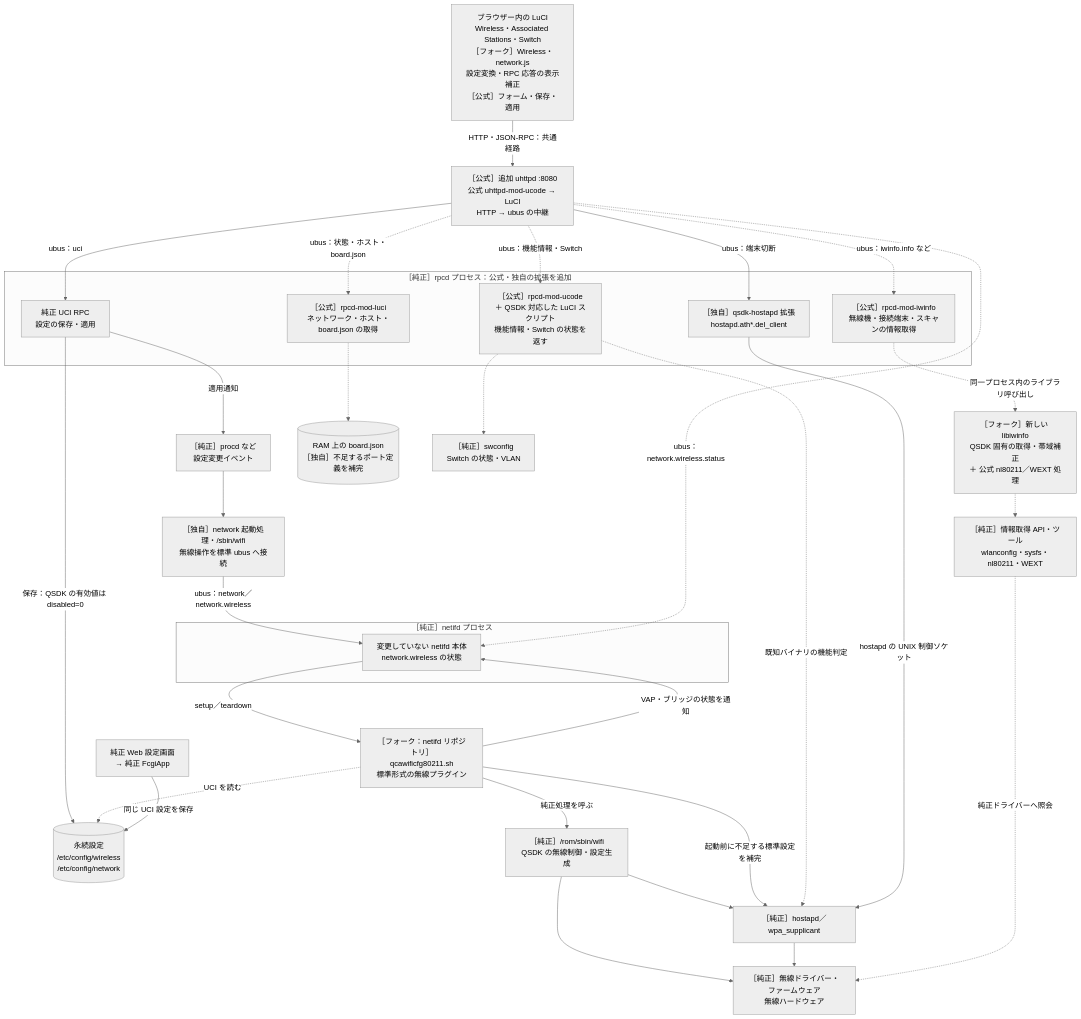
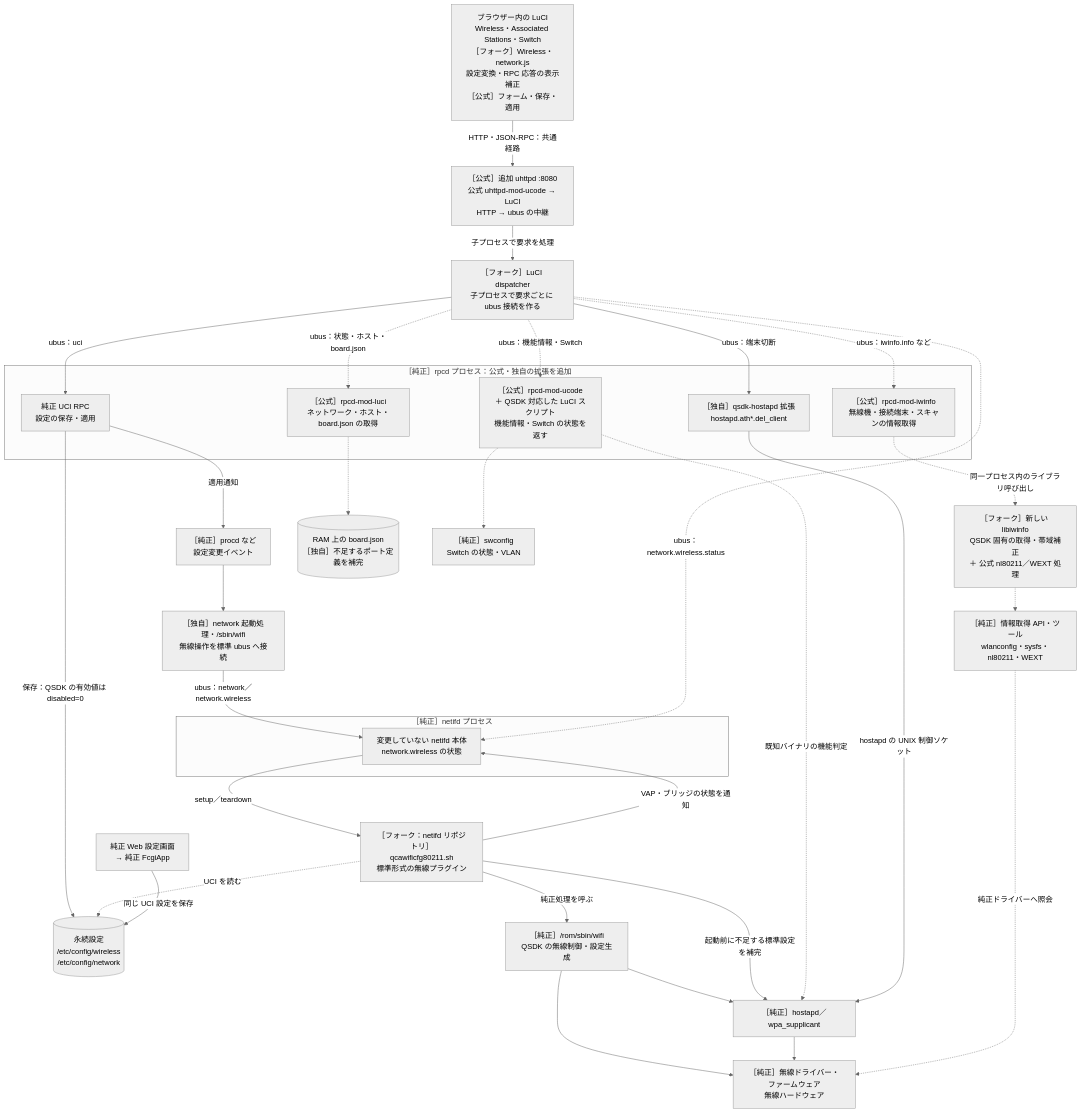
The first of 3 diagrams in README.md (onokatio/luci), drawn with Mermaid (neutral theme) before and after one commit. The commit also changed other lines of this file and 6 other files, not shown here.

````diff
--- a/README.md
+++ b/README.md
@@ -22,60 +22,62 @@
 ```mermaid
 flowchart TD
     UI["ブラウザー内の LuCI<br/>Wireless・Associated Stations・Switch<br/>［フォーク］Wireless・network.js<br/>設定変換・RPC 応答の表示補正<br/>［公式］フォーム・保存・適用"]
     HTTP["［公式］追加 uhttpd :8080<br/>公式 uhttpd-mod-ucode → LuCI<br/>HTTP → ubus の中継"]
+    DISPATCH["［フォーク］LuCI dispatcher<br/>子プロセスで要求ごとに ubus 接続を作る"]
 
     subgraph RPC["［純正］rpcd プロセス：公式・独自の拡張を追加"]
         UCIAPI["純正 UCI RPC<br/>設定の保存・適用"]
         LRPC["［公式］rpcd-mod-luci<br/>ネットワーク・ホスト・board.json の取得"]
         IRPC["［公式］rpcd-mod-iwinfo<br/>無線機・接続端末・スキャンの情報取得"]
         URPC["［公式］rpcd-mod-ucode<br/>＋ QSDK 対応した LuCI スクリプト<br/>機能情報・Switch の状態を返す"]
         DISCONNECT["［独自］qsdk-hostapd 拡張<br/>hostapd.ath*.del_client"]
     end
 
     CONFIG[("永続設定<br/>/etc/config/wireless<br/>/etc/config/network")]
     EVENT["［純正］procd など<br/>設定変更イベント"]
     WRAP["［独自］network 起動処理・/sbin/wifi<br/>無線操作を標準 ubus へ接続"]
 
     subgraph NET["［純正］netifd プロセス"]
         CORE["変更していない netifd 本体<br/>network.wireless の状態"]
     end
 
     PLUGIN["［フォーク：netifd リポジトリ］<br/>qcawificfg80211.sh<br/>標準形式の無線プラグイン"]
     OEM["［純正］/rom/sbin/wifi<br/>QSDK の無線制御・設定生成"]
     AUTH["［純正］hostapd／wpa_supplicant"]
     DRIVER["［純正］無線ドライバー・ファームウェア<br/>無線ハードウェア"]
     NATIVE["［純正］情報取得 API・ツール<br/>wlanconfig・sysfs・nl80211・WEXT"]
     IW["［フォーク］新しい libiwinfo<br/>QSDK 固有の取得・帯域補正<br/>＋ 公式 nl80211／WEXT 処理"]
     BOARD[("RAM 上の board.json<br/>［独自］不足するポート定義を補完")]
     SW["［純正］swconfig<br/>Switch の状態・VLAN"]
     WEB["純正 Web 設定画面<br/>→ 純正 FcgiApp"]
 
     UI -->|"HTTP・JSON-RPC：共通経路"| HTTP
-    HTTP -->|"ubus：uci"| UCIAPI
+    HTTP -->|"子プロセスで要求を処理"| DISPATCH
+    DISPATCH -->|"ubus：uci"| UCIAPI
     UCIAPI -->|"保存：QSDK の有効値は disabled=0"| CONFIG
     UCIAPI -->|"適用通知"| EVENT
     EVENT --> WRAP
     WRAP -->|"ubus：network／network.wireless"| CORE
     CORE -->|"setup／teardown"| PLUGIN
     PLUGIN -.->|"UCI を読む"| CONFIG
     PLUGIN -->|"純正処理を呼ぶ"| OEM
     OEM --> AUTH
     OEM --> DRIVER
     AUTH --> DRIVER
     PLUGIN -->|"起動前に不足する標準設定を補完"| AUTH
     PLUGIN -->|"VAP・ブリッジの状態を通知"| CORE
     WEB -->|"同じ UCI 設定を保存"| CONFIG
 
-    HTTP -.->|"ubus：状態・ホスト・board.json"| LRPC
-    HTTP -.->|"ubus：iwinfo.info など"| IRPC
-    HTTP -.->|"ubus：機能情報・Switch"| URPC
-    HTTP -->|"ubus：端末切断"| DISCONNECT
-    HTTP -.->|"ubus：network.wireless.status"| CORE
+    DISPATCH -.->|"ubus：状態・ホスト・board.json"| LRPC
+    DISPATCH -.->|"ubus：iwinfo.info など"| IRPC
+    DISPATCH -.->|"ubus：機能情報・Switch"| URPC
+    DISPATCH -->|"ubus：端末切断"| DISCONNECT
+    DISPATCH -.->|"ubus：network.wireless.status"| CORE
     IRPC -.->|"同一プロセス内のライブラリ呼び出し"| IW
     IW -.-> NATIVE
     NATIVE -.->|"純正ドライバーへ照会"| DRIVER
     LRPC -.-> BOARD
     URPC -.-> SW
     URPC -.->|"既知バイナリの機能判定"| AUTH
     DISCONNECT -->|"hostapd の UNIX 制御ソケット"| AUTH
 ```
````
